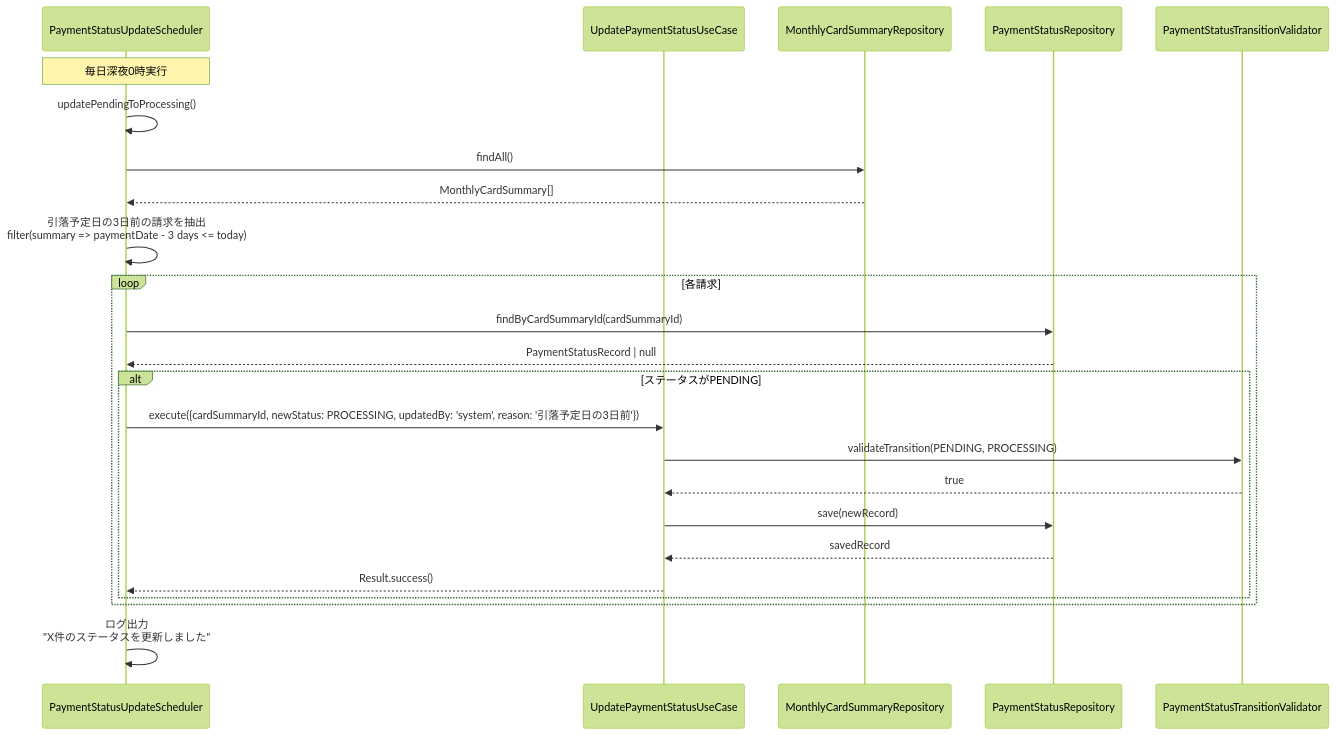
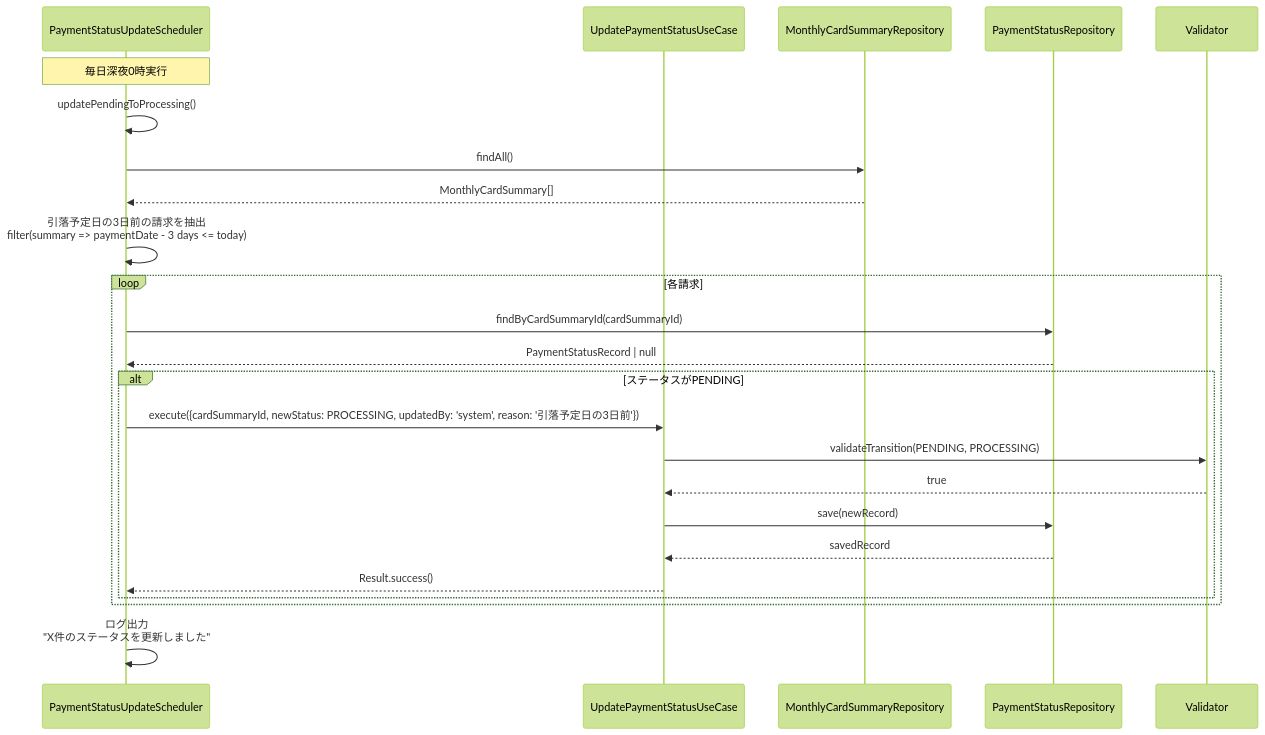
Before and after one commit to kencom2400/account-book: the second of 12 diagrams in docs/detailed-design/FR-014_payment-status-management/sequence-diagrams.md, drawn with Mermaid (forest theme). The commit also changed other lines of this file and 7 other files, not shown here.

First line of the commit message:
fix(docs): PaymentStatusRepositoryからdeleteメソッドを削除

````diff
--- a/docs/detailed-design/FR-014_payment-status-management/sequence-diagrams.md
+++ b/docs/detailed-design/FR-014_payment-status-management/sequence-diagrams.md
@@ -155,35 +154,34 @@
 ```mermaid
 sequenceDiagram
     participant Scheduler as PaymentStatusUpdateScheduler
     participant UC as UpdatePaymentStatusUseCase
     participant SummaryRepo as MonthlyCardSummaryRepository
     participant StatusRepo as PaymentStatusRepository
-    participant Validator as PaymentStatusTransitionValidator
 
     Note over Scheduler: 毎日深夜0時実行
 
     Scheduler->>Scheduler: updatePendingToProcessing()
     Scheduler->>SummaryRepo: findAll()
     SummaryRepo-->>Scheduler: MonthlyCardSummary[]
 
     Scheduler->>Scheduler: 引落予定日の3日前の請求を抽出<br/>filter(summary => paymentDate - 3 days <= today)
 
     loop 各請求
         Scheduler->>StatusRepo: findByCardSummaryId(cardSummaryId)
         StatusRepo-->>Scheduler: PaymentStatusRecord | null
 
         alt ステータスがPENDING
             Scheduler->>UC: execute({cardSummaryId, newStatus: PROCESSING, updatedBy: 'system', reason: '引落予定日の3日前'})
 
             UC->>Validator: validateTransition(PENDING, PROCESSING)
             Validator-->>UC: true
 
             UC->>StatusRepo: save(newRecord)
             StatusRepo-->>UC: savedRecord
 
             UC-->>Scheduler: Result.success()
         end
     end
 
     Scheduler->>Scheduler: ログ出力<br/>"X件のステータスを更新しました"
 ```
````
